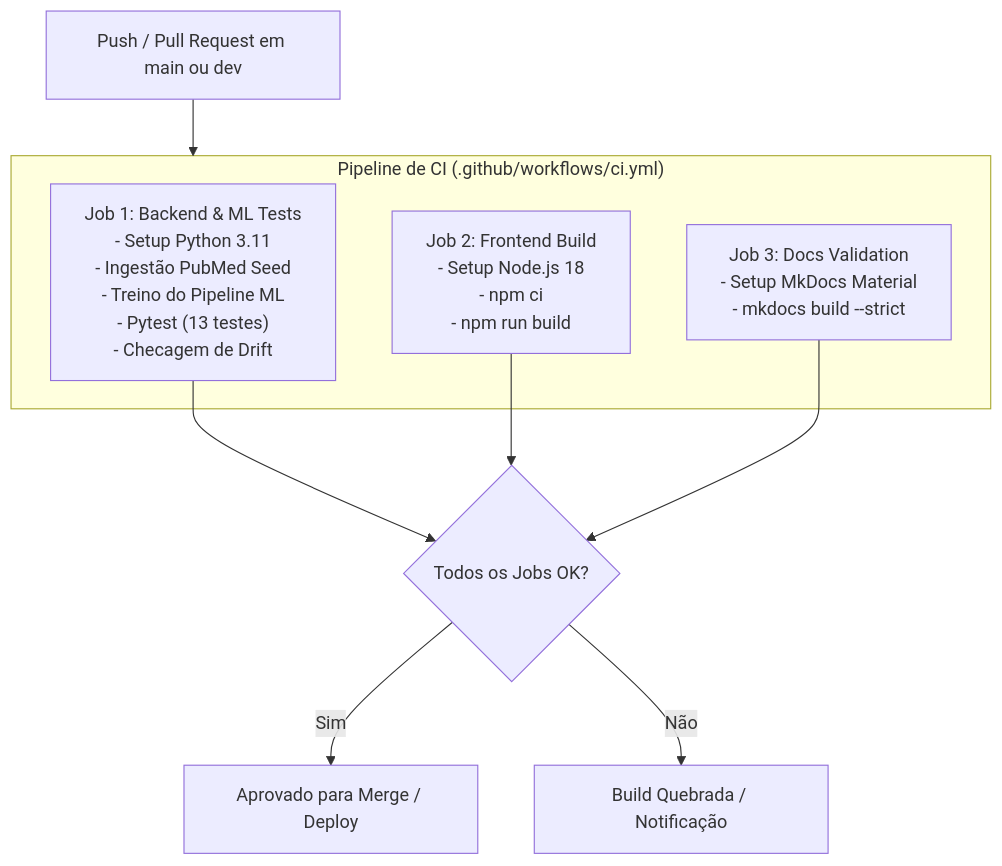
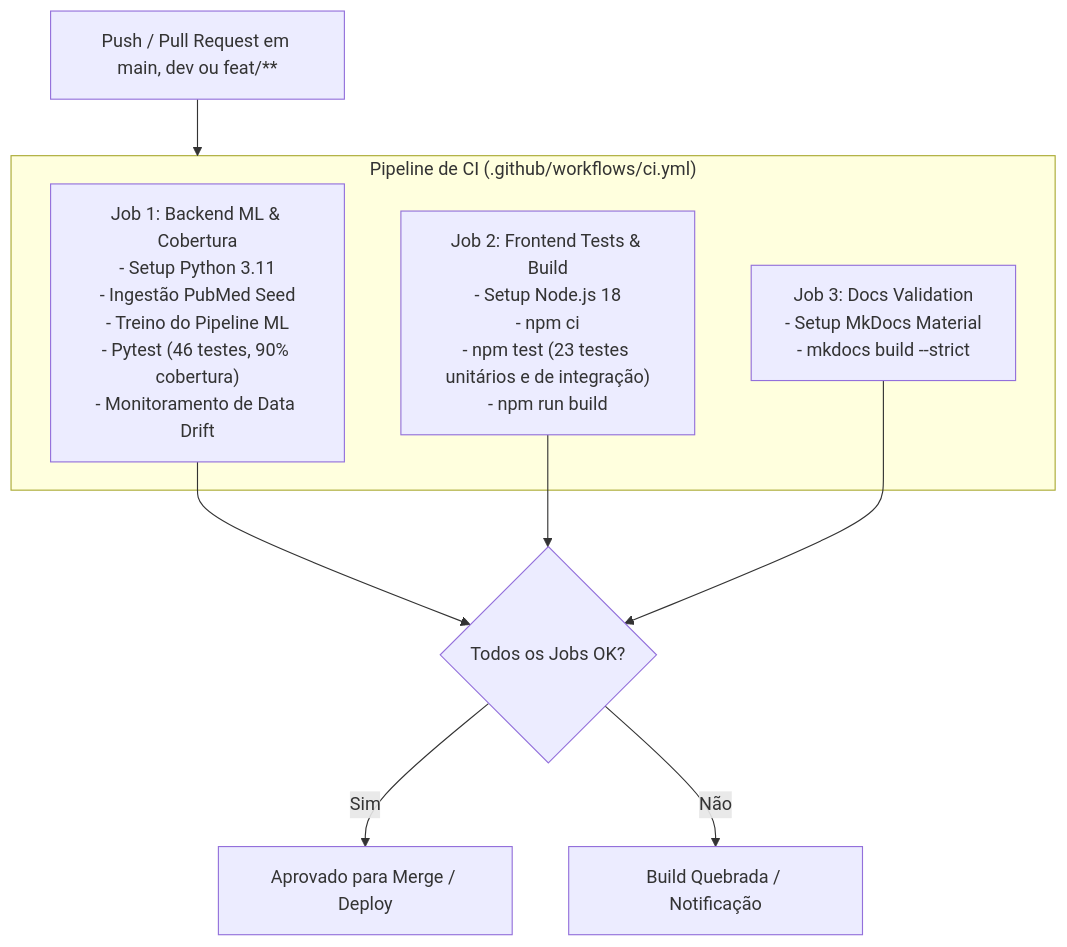
Before and after one commit to unb-Sistemas-de-Machine-learning/challenge_1_os_sem_classe: the second of 2 diagrams in docs/devops.md, drawn with Mermaid. The commit also changed other lines of this file and 31 other files, not shown here.

Commit message:
feat(qa-mlops-devops): implementa testes de caixa branca e preta, eleva cobertura, aprimora CI/CD e atualiza documentacao

````diff
--- a/docs/devops.md
+++ b/docs/devops.md
@@ -114,16 +114,16 @@
 ```mermaid
 flowchart TD
-    Trigger["Push / Pull Request em main ou dev"] --> CI
+    Trigger["Push / Pull Request em main, dev ou feat/**"] --> CI
     
     subgraph CI["Pipeline de CI (.github/workflows/ci.yml)"]
-        J1["Job 1: Backend & ML Tests\n- Setup Python 3.11\n- Ingestão PubMed Seed\n- Treino do Pipeline ML\n- Pytest (13 testes)\n- Checagem de Drift"]
-        J2["Job 2: Frontend Build\n- Setup Node.js 18\n- npm ci\n- npm run build"]
+        J1["Job 1: Backend ML & Cobertura\n- Setup Python 3.11\n- Ingestão PubMed Seed\n- Treino do Pipeline ML\n- Pytest (46 testes, 90% cobertura)\n- Monitoramento de Data Drift"]
+        J2["Job 2: Frontend Tests & Build\n- Setup Node.js 18\n- npm ci\n- npm test (23 testes unitários e de integração)\n- npm run build"]
         J3["Job 3: Docs Validation\n- Setup MkDocs Material\n- mkdocs build --strict"]
     end
     
     J1 --> Success{"Todos os Jobs OK?"}
     J2 --> Success
     J3 --> Success
     Success -->|"Sim"| MergeReady["Aprovado para Merge / Deploy"]
     Success -->|"Não"| Blocked["Build Quebrada / Notificação"]
 ```
````
